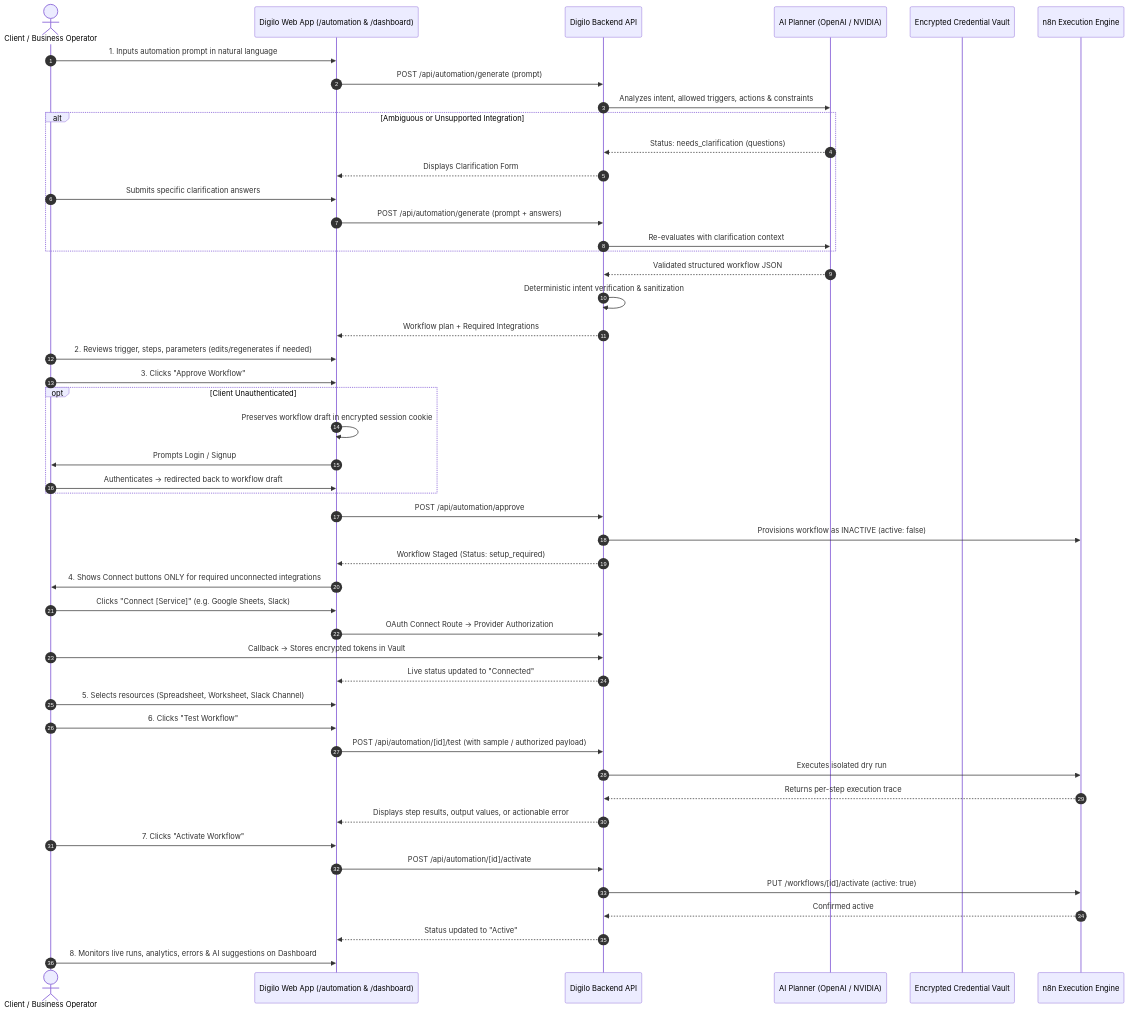
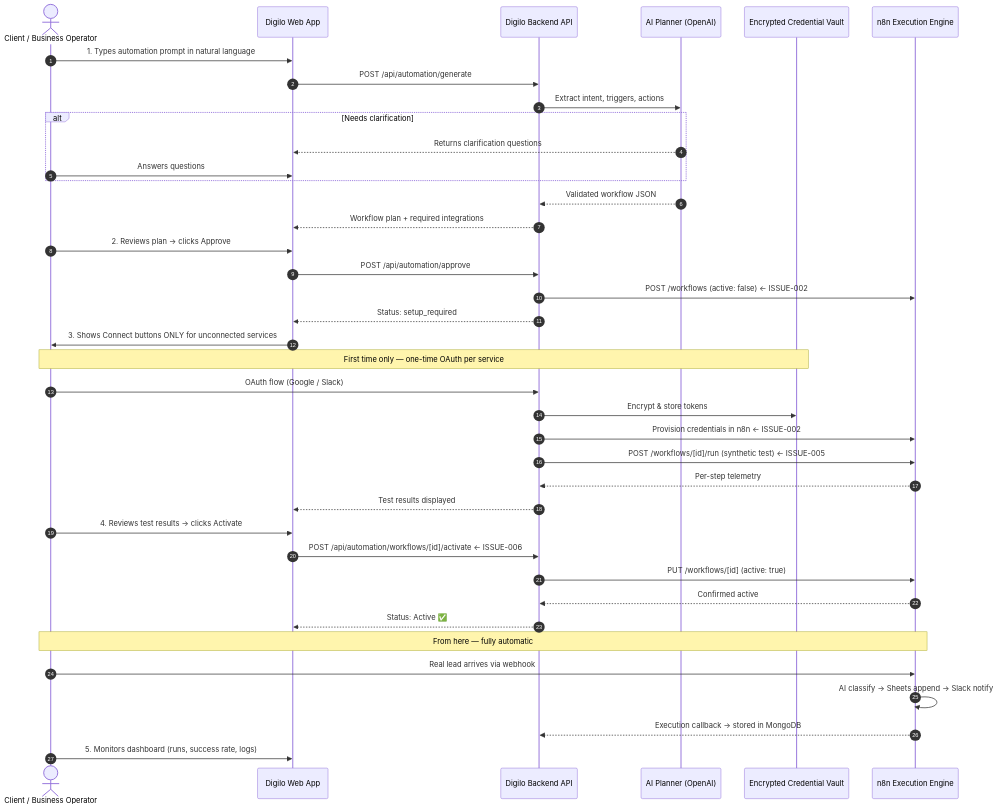
One commit to Mraushan28/DigiLo changed the first of 2 diagrams in DIGILO_AI_AUTOMATION_PRD.md. Above: the diagram before and after it, drawn with Mermaid. The commit also changed other lines of this file and 11 other files, not shown here.

````diff
--- a/DIGILO_AI_AUTOMATION_PRD.md
+++ b/DIGILO_AI_AUTOMATION_PRD.md
@@ -71,51 +730,47 @@
 ```mermaid
 sequenceDiagram
     autonumber
     actor Client as Client / Business Operator
-    participant UI as Digilo Web App (/automation & /dashboard)
+    participant UI as Digilo Web App
     participant API as Digilo Backend API
-    participant AI as AI Planner (OpenAI / NVIDIA)
+    participant AI as AI Planner (OpenAI)
     participant Vault as Encrypted Credential Vault
     participant n8n as n8n Execution Engine
 
-    Client->>UI: 1. Inputs automation prompt in natural language
-    UI->>API: POST /api/automation/generate (prompt)
-    API->>AI: Analyzes intent, allowed triggers, actions & constraints
-    alt Ambiguous or Unsupported Integration
-        AI-->>API: Status: needs_clarification (questions)
-        API-->>UI: Displays Clarification Form
-        Client->>UI: Submits specific clarification answers
-        UI->>API: POST /api/automation/generate (prompt + answers)
-        API->>AI: Re-evaluates with clarification context
+    Client->>UI: 1. Types automation prompt in natural language
+    UI->>API: POST /api/automation/generate
+    API->>AI: Extract intent, triggers, actions
+    alt Needs clarification
+        AI-->>UI: Returns clarification questions
+        Client->>UI: Answers questions
     end
-    AI-->>API: Validated structured workflow JSON
-    API->>API: Deterministic intent verification & sanitization
-    API-->>UI: Workflow plan + Required Integrations
-    Client->>UI: 2. Reviews trigger, steps, parameters (edits/regenerates if needed)
-    Client->>UI: 3. Clicks "Approve Workflow"
-    opt Client Unauthenticated
-        UI->>UI: Preserves workflow draft in encrypted session cookie
-        UI->>Client: Prompts Login / Signup
-        Client->>UI: Authenticates -> redirected back to workflow draft
-    end
+    AI-->>API: Validated workflow JSON
+    API-->>UI: Workflow plan + required integrations
+
+    Client->>UI: 2. Reviews plan → clicks Approve
     UI->>API: POST /api/automation/approve
-    API->>n8n: Provisions workflow as INACTIVE (active: false)
-    API-->>UI: Workflow Staged (Status: setup_required)
-    UI->>Client: 4. Shows Connect buttons ONLY for required unconnected integrations
-    Client->>UI: Clicks "Connect [Service]" (e.g. Google Sheets, Slack)
-    UI->>API: OAuth Connect Route -> Provider Authorization
-    Client->>API: Callback -> Stores encrypted tokens in Vault
-    API-->>UI: Live status updated to "Connected"
-    Client->>UI: 5. Selects resources (Spreadsheet, Worksheet, Slack Channel)
-    Client->>UI: 6. Clicks "Test Workflow"
-    UI->>API: POST /api/automation/[id]/test (with sample / authorized payload)
-    API->>n8n: Executes isolated dry run
-    n8n-->>API: Returns per-step execution trace
-    API-->>UI: Displays step results, output values, or actionable error
-    Client->>UI: 7. Clicks "Activate Workflow"
-    UI->>API: POST /api/automation/[id]/activate
-    API->>n8n: PUT /workflows/[id]/activate (active: true)
+    API->>n8n: POST /workflows (active: false) ← ISSUE-002
+    API-->>UI: Status: setup_required
+
+    UI->>Client: 3. Shows Connect buttons ONLY for unconnected services
+    Note over Client,Vault: First time only — one-time OAuth per service
+    Client->>API: OAuth flow (Google / Slack)
+    API->>Vault: Encrypt & store tokens
+
+    API->>n8n: Provision credentials in n8n ← ISSUE-002
+    API->>n8n: POST /workflows/[id]/run (synthetic test) ← ISSUE-005
+    n8n-->>API: Per-step telemetry
+    API-->>UI: Test results displayed
+
+    Client->>UI: 4. Reviews test results → clicks Activate
+    UI->>API: POST /api/automation/workflows/[id]/activate ← ISSUE-006
+    API->>n8n: PUT /workflows/[id] (active: true)
     n8n-->>API: Confirmed active
-    API-->>UI: Status updated to "Active"
-    Client->>UI: 8. Monitors live runs, analytics, errors & AI suggestions on Dashboard
+    API-->>UI: Status: Active ✅
+
+    Note over Client,n8n: From here — fully automatic
+    Client->>n8n: Real lead arrives via webhook
+    n8n->>n8n: AI classify → Sheets append → Slack notify
+    n8n-->>API: Execution callback → stored in MongoDB
+    Client->>UI: 5. Monitors dashboard (runs, success rate, logs)
 ```
````
